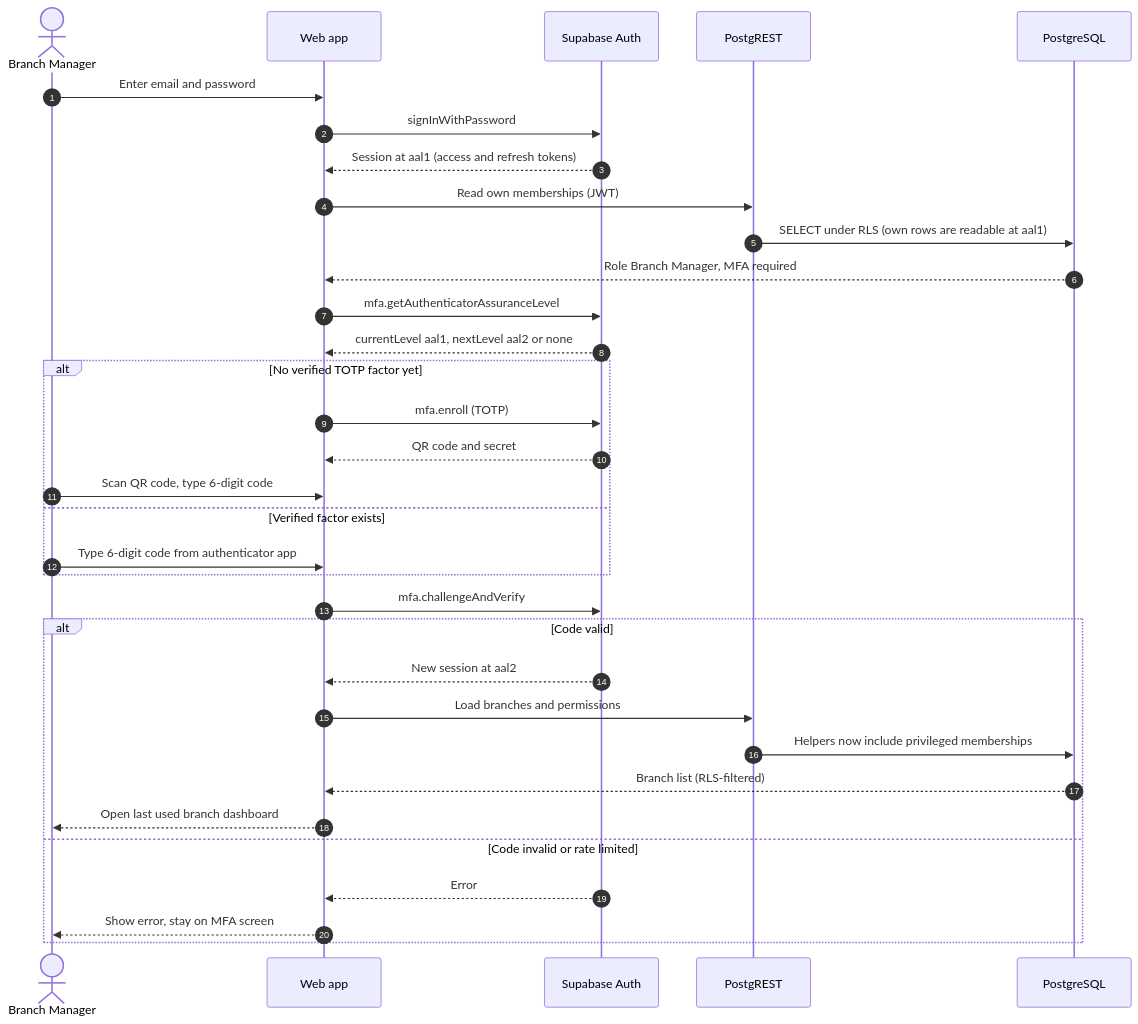
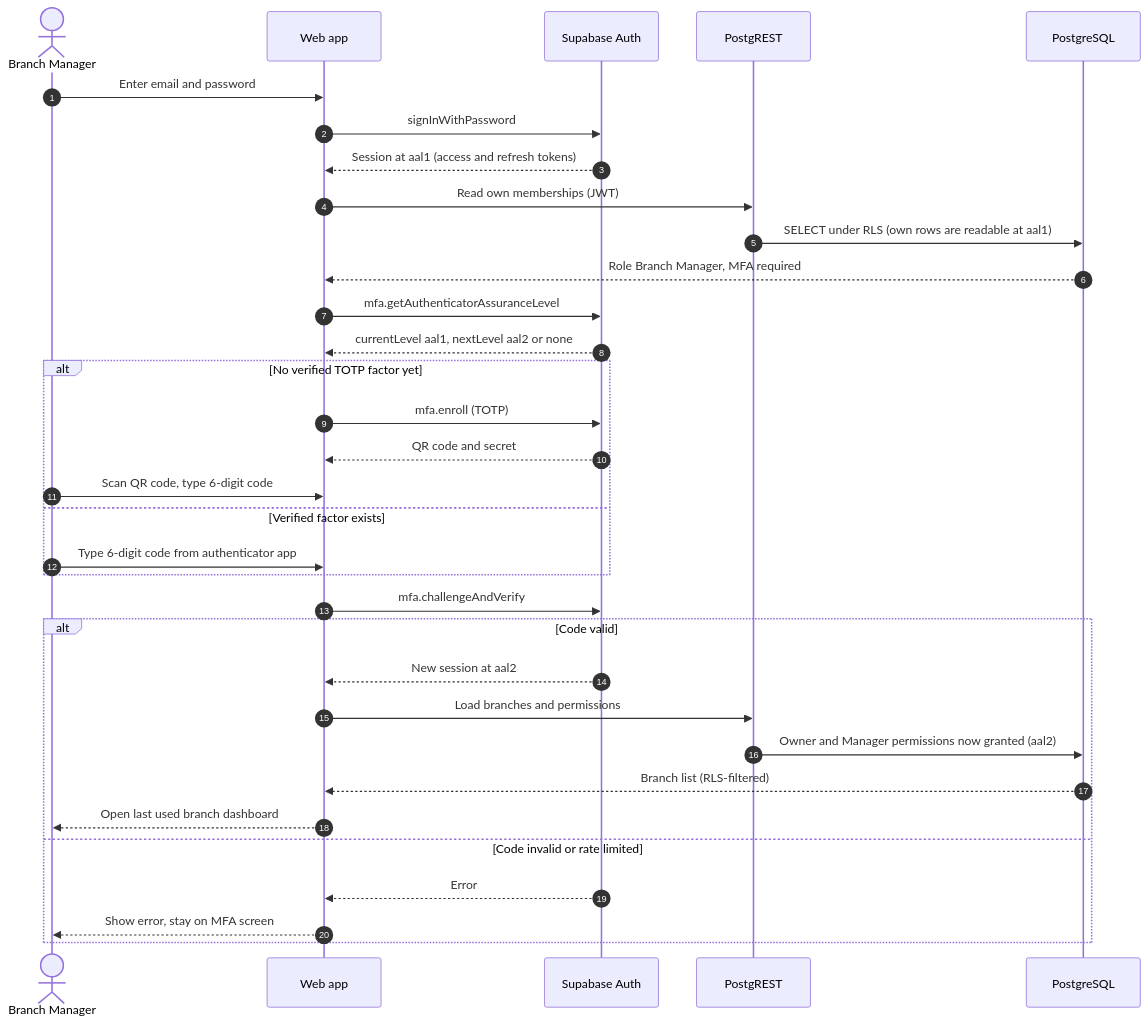
One commit to msasomrat/Pharmacy_Inventory changed the sixth of 15 diagrams in docs/architecture/architecture.md. Above: the diagram before and after it, drawn with Mermaid. The commit also changed other lines of this file and 20 other files, not shown here.

````diff
--- a/docs/architecture/architecture.md
+++ b/docs/architecture/architecture.md
@@ -1025,36 +1075,36 @@
 ```mermaid
 sequenceDiagram
   autonumber
   actor U as Branch Manager
   participant W as Web app
   participant A as Supabase Auth
   participant R as PostgREST
   participant D as PostgreSQL
 
   U->>W: Enter email and password
   W->>A: signInWithPassword
   A-->>W: Session at aal1 (access and refresh tokens)
   W->>R: Read own memberships (JWT)
   R->>D: SELECT under RLS (own rows are readable at aal1)
   D-->>W: Role Branch Manager, MFA required
   W->>A: mfa.getAuthenticatorAssuranceLevel
   A-->>W: currentLevel aal1, nextLevel aal2 or none
   alt No verified TOTP factor yet
     W->>A: mfa.enroll (TOTP)
     A-->>W: QR code and secret
     U->>W: Scan QR code, type 6-digit code
   else Verified factor exists
     U->>W: Type 6-digit code from authenticator app
   end
   W->>A: mfa.challengeAndVerify
   alt Code valid
     A-->>W: New session at aal2
     W->>R: Load branches and permissions
-    R->>D: Helpers now include privileged memberships
+    R->>D: Owner and Manager permissions now granted (aal2)
     D-->>W: Branch list (RLS-filtered)
     W-->>U: Open last used branch dashboard
   else Code invalid or rate limited
     A-->>W: Error
     W-->>U: Show error, stay on MFA screen
   end
 ```
````
